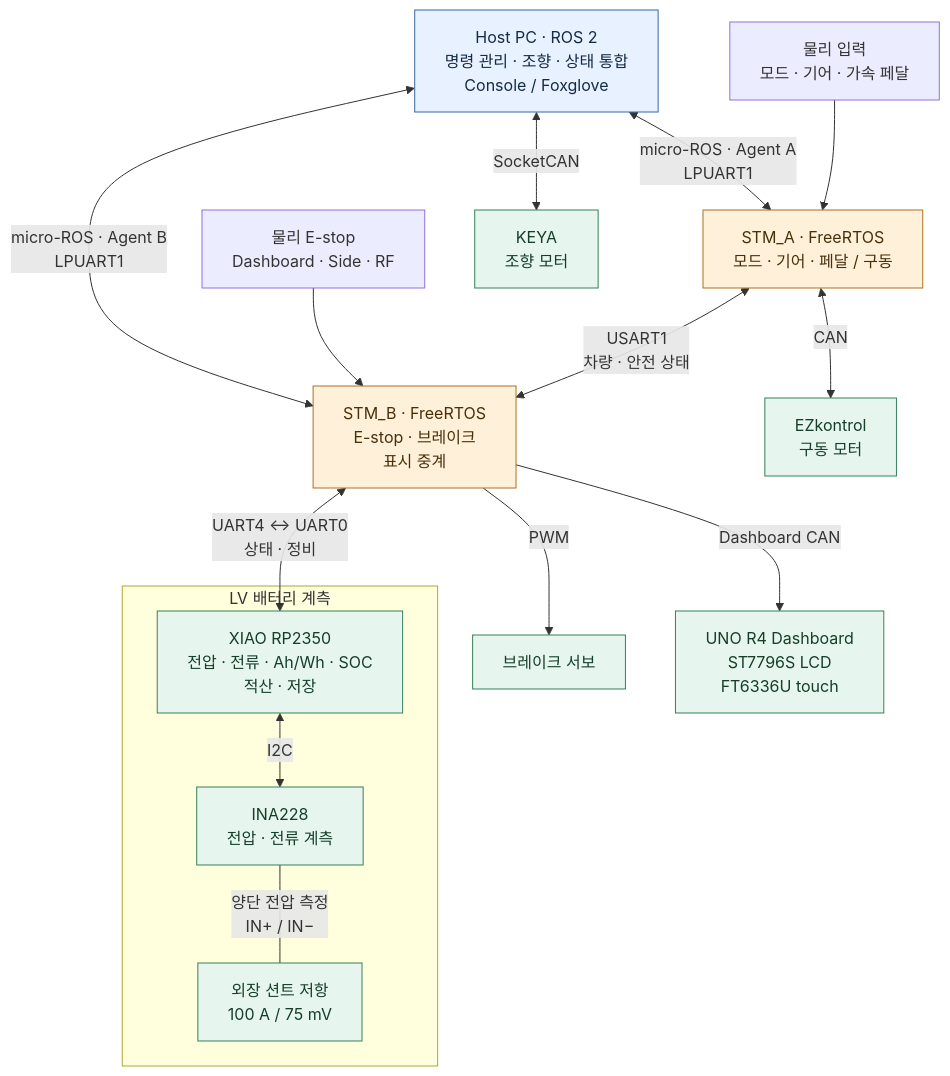
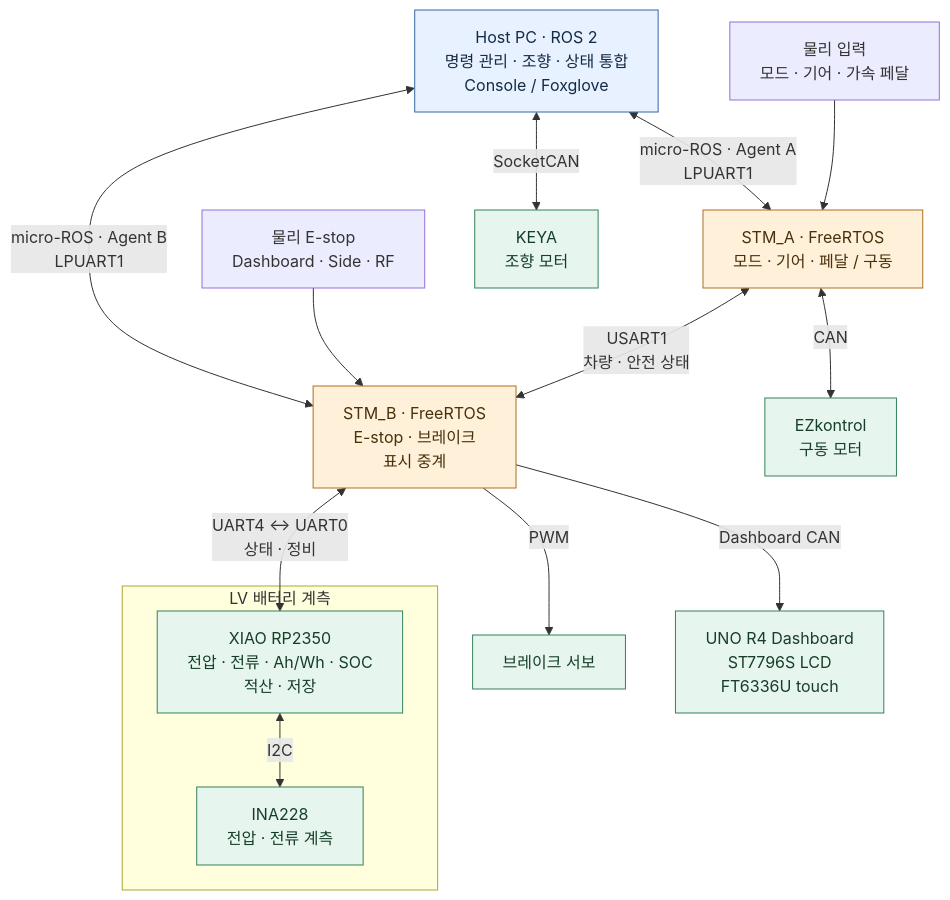
The diagram in README.md (shinjuyeop/Control), drawn with Mermaid before and after one commit. The commit also changed other lines of this file, not shown here.

Commit message:
docs: keep root battery diagram at sensor level

````diff
--- a/README.md
+++ b/README.md
@@ -21,31 +21,30 @@
 ```mermaid
 flowchart TB
     Host["Host PC · ROS 2<br/>명령 관리 · 조향 · 상태 통합<br/>Console / Foxglove"]
 
     A["STM_A · FreeRTOS<br/>모드 · 기어 · 페달 / 구동"]
     B["STM_B · FreeRTOS<br/>E-stop · 브레이크<br/>표시 중계"]
     A <-->|"USART1<br/>차량 · 안전 상태"| B
 
     Inputs["물리 입력<br/>모드 · 기어 · 가속 페달"] --> A
     EStop["물리 E-stop<br/>Dashboard · Side · RF"] --> B
     Host <-->|"micro-ROS · Agent A<br/>LPUART1"| A
     Host <-->|"micro-ROS · Agent B<br/>LPUART1"| B
 
     A <-->|"CAN"| EZ["EZkontrol<br/>구동 모터"]
     B -->|"PWM"| Brake["브레이크 서보"]
     Host <-->|"SocketCAN"| KEYA["KEYA<br/>조향 모터"]
 
     subgraph Meter["LV 배터리 계측"]
         RP["XIAO RP2350<br/>전압 · 전류 · Ah/Wh · SOC<br/>적산 · 저장"] <-->|"I2C"| INA["INA228<br/>전압 · 전류 계측"]
-        INA ---|"양단 전압 측정<br/>IN+ / IN−"| Shunt["외장 션트 저항<br/>100 A / 75 mV"]
     end
     B <-->|"UART4 ↔ UART0<br/>상태 · 정비"| RP
     B -->|"Dashboard CAN"| UNO["UNO R4 Dashboard<br/>ST7796S LCD<br/>FT6336U touch"]
 
     classDef host fill:#e8f1ff,stroke:#3567a0,color:#142b45
     classDef controller fill:#fff0d9,stroke:#ad7020,color:#49300c
     classDef peripheral fill:#e6f5ed,stroke:#35815a,color:#163e29
     class Host host
     class A,B controller
-    class Shunt,INA,RP,UNO,EZ,Brake,KEYA peripheral
+    class INA,RP,UNO,EZ,Brake,KEYA peripheral
 ```
````
